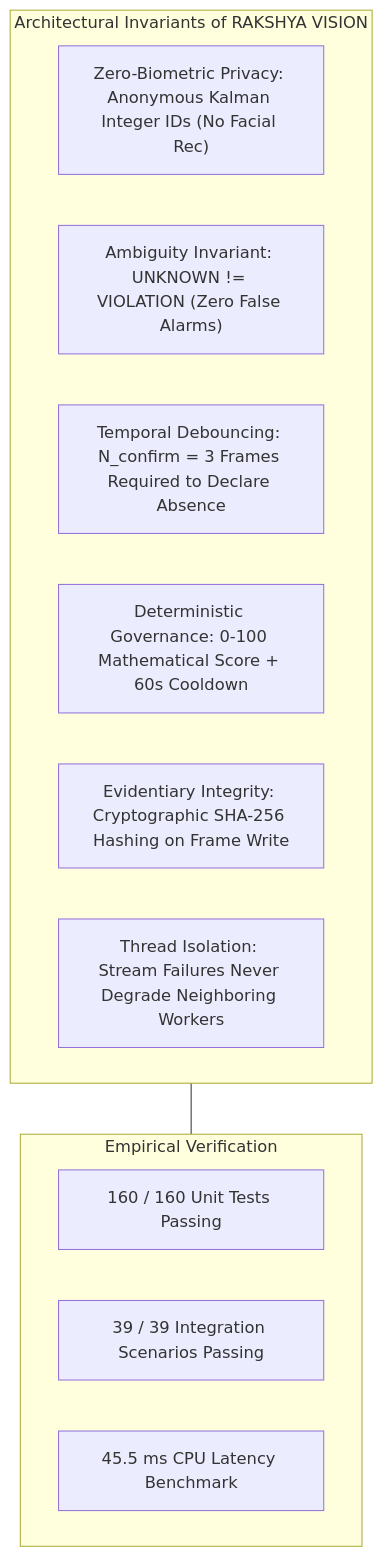
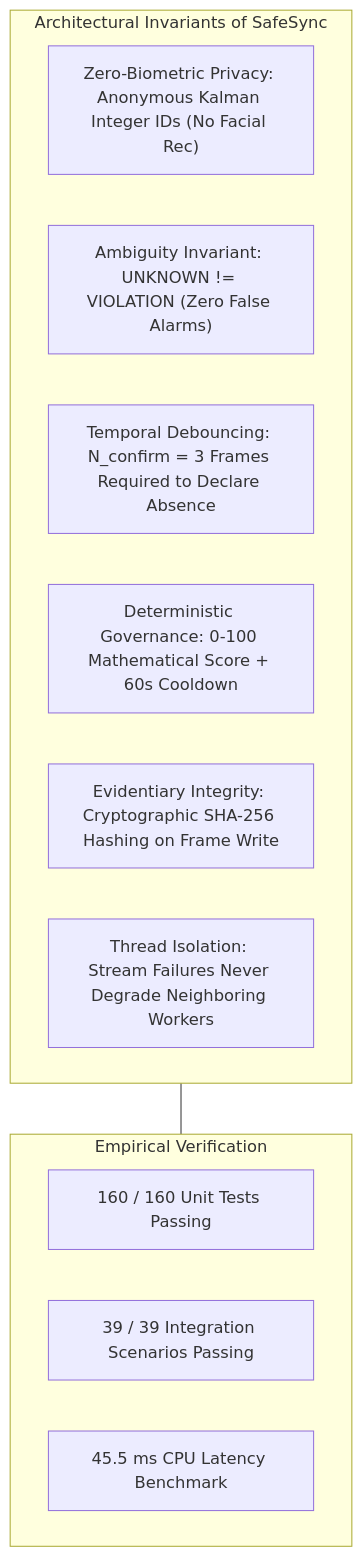
One commit to SMRU08/SafeSync changed diagram 14 of 14 in BPUT-HACKATHON-2026/README.md. Above: the diagram before and after it, drawn with Mermaid. The commit also changed other lines of this file and 251 other files, not shown here.

Commit message:
feat(branding): permanently rename project from RAKSHYA VISION to SafeSync across full repository

````diff
--- a/BPUT-HACKATHON-2026/README.md
+++ b/BPUT-HACKATHON-2026/README.md
@@ -793,19 +793,19 @@
 ```mermaid
 flowchart TD
-    subgraph INVARIANTS["Architectural Invariants of RAKSHYA VISION"]
+    subgraph INVARIANTS["Architectural Invariants of SafeSync"]
         INV1["Zero-Biometric Privacy: Anonymous Kalman Integer IDs (No Facial Rec)"]
         INV2["Ambiguity Invariant: UNKNOWN != VIOLATION (Zero False Alarms)"]
         INV3["Temporal Debouncing: N_confirm = 3 Frames Required to Declare Absence"]
         INV4["Deterministic Governance: 0-100 Mathematical Score + 60s Cooldown"]
         INV5["Evidentiary Integrity: Cryptographic SHA-256 Hashing on Frame Write"]
         INV6["Thread Isolation: Stream Failures Never Degrade Neighboring Workers"]
     end
 
     subgraph PROOF["Empirical Verification"]
         T1["160 / 160 Unit Tests Passing"]
         T2["39 / 39 Integration Scenarios Passing"]
         T3["45.5 ms CPU Latency Benchmark"]
     end
 
     INVARIANTS --- PROOF
 ```
````
